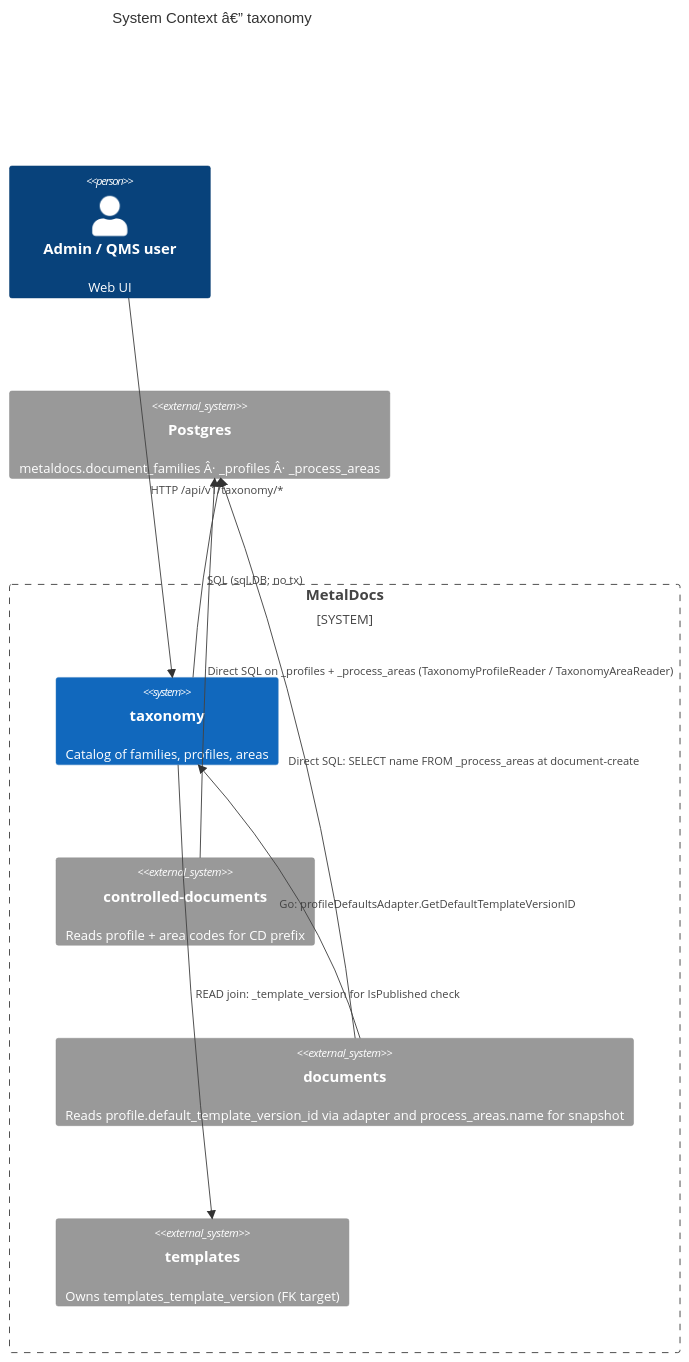
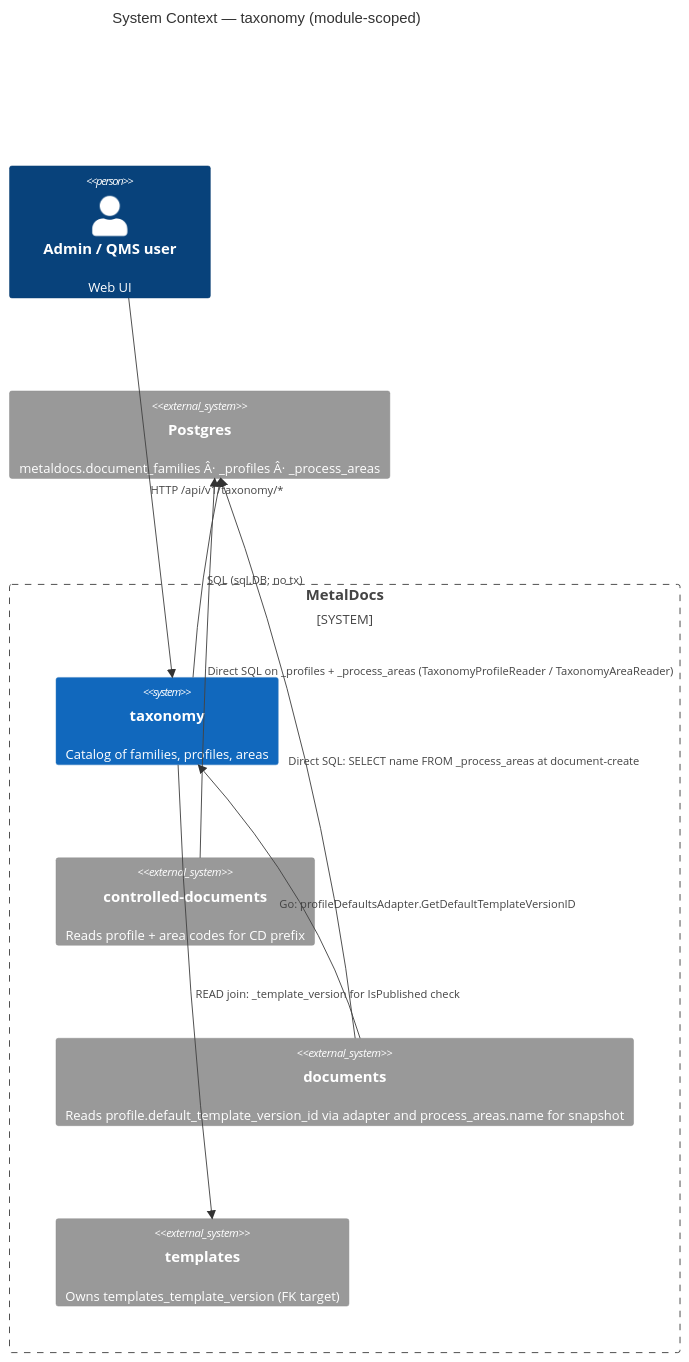
One commit to developmentconexus-ops/MetalDocs changed the first of 5 diagrams in wiki/modules/taxonomy.md. Above: the diagram before and after it, drawn with Mermaid. The commit also changed other lines of this file and 167 other files, not shown here.

````diff
--- a/wiki/modules/taxonomy.md
+++ b/wiki/modules/taxonomy.md
@@ -70,18 +72,18 @@
 ```mermaid
 C4Context
-    title System Context â€” taxonomy
+    title System Context — taxonomy (module-scoped)
     Person(admin, "Admin / QMS user", "Web UI")
     System_Boundary(b1, "MetalDocs") {
         System(taxonomy, "taxonomy", "Catalog of families, profiles, areas")
         System_Ext(controlledDocuments, "controlled-documents", "Reads profile + area codes for CD prefix")
         System_Ext(documents, "documents", "Reads profile.default_template_version_id via adapter and process_areas.name for snapshot")
         System_Ext(templates, "templates", "Owns templates_template_version (FK target)")
     }
     System_Ext(pg, "Postgres", "metaldocs.document_families Â· _profiles Â· _process_areas")
     Rel(admin, taxonomy, "HTTP /api/v1/taxonomy/*")
     Rel(taxonomy, pg, "SQL (sql.DB; no tx)")
     Rel(controlledDocuments, pg, "Direct SQL on _profiles + _process_areas (TaxonomyProfileReader / TaxonomyAreaReader)")
     Rel(documents, taxonomy, "Go: profileDefaultsAdapter.GetDefaultTemplateVersionID")
     Rel(documents, pg, "Direct SQL: SELECT name FROM _process_areas at document-create")
     Rel(taxonomy, templates, "READ join: _template_version for IsPublished check")
 ```
````
